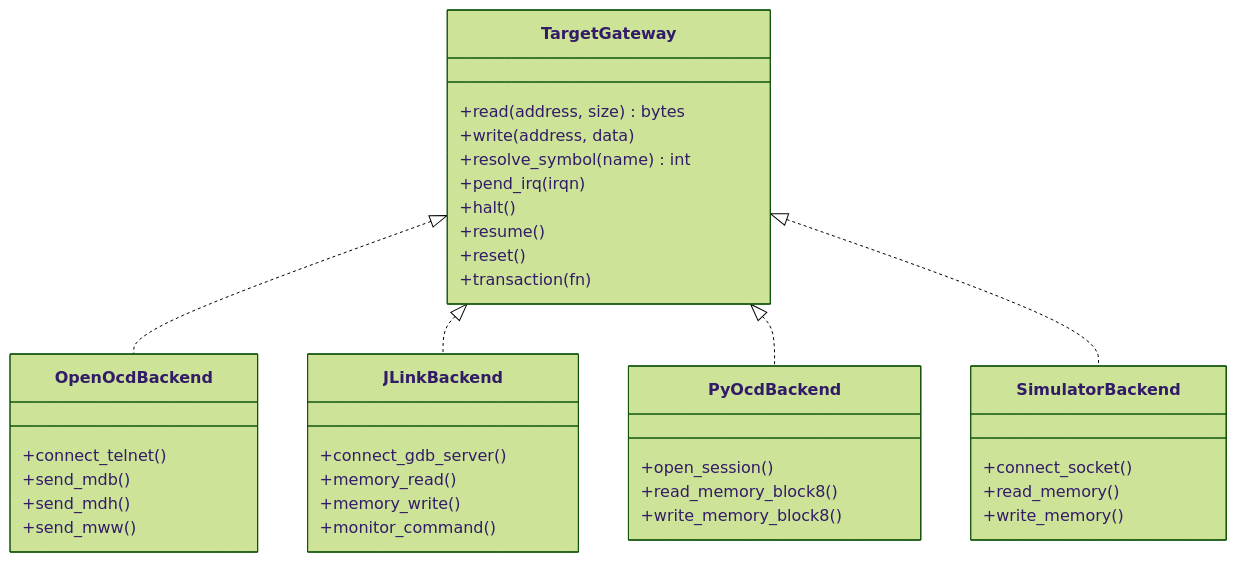
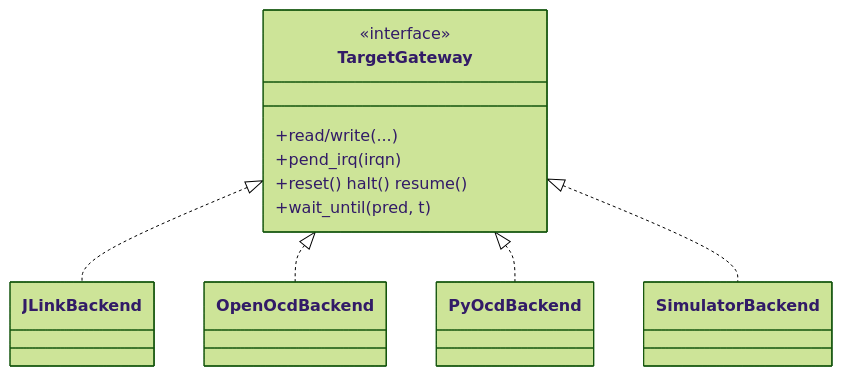
The second of 6 diagrams in docs/arch/peripheral-simulation-backend-architecture.md (hassan17771/bachelor-io-server), drawn with Mermaid (forest theme) before and after one commit. The commit also changed other lines of this file, not shown here.

````diff
--- a/docs/arch/peripheral-simulation-backend-architecture.md
+++ b/docs/arch/peripheral-simulation-backend-architecture.md
@@ -94,44 +60,14 @@
 ```mermaid
 classDiagram
     class TargetGateway {
-        +read(address, size) bytes
-        +write(address, data)
-        +resolve_symbol(name) int
+        <<interface>>
+        +read/write(...)
         +pend_irq(irqn)
-        +halt()
-        +resume()
-        +reset()
-        +transaction(fn)
+        +reset() halt() resume()
+        +wait_until(pred, t)
     }
-
-    class OpenOcdBackend {
-        +connect_telnet()
-        +send_mdb()
-        +send_mdh()
-        +send_mww()
-    }
-
-    class JLinkBackend {
-        +connect_gdb_server()
-        +memory_read()
-        +memory_write()
-        +monitor_command()
-    }
-
-    class PyOcdBackend {
-        +open_session()
-        +read_memory_block8()
-        +write_memory_block8()
-    }
-
-    class SimulatorBackend {
-        +connect_socket()
-        +read_memory()
-        +write_memory()
-    }
-
+    TargetGateway <|.. JLinkBackend
     TargetGateway <|.. OpenOcdBackend
-    TargetGateway <|.. JLinkBackend
     TargetGateway <|.. PyOcdBackend
     TargetGateway <|.. SimulatorBackend
 ```
````
